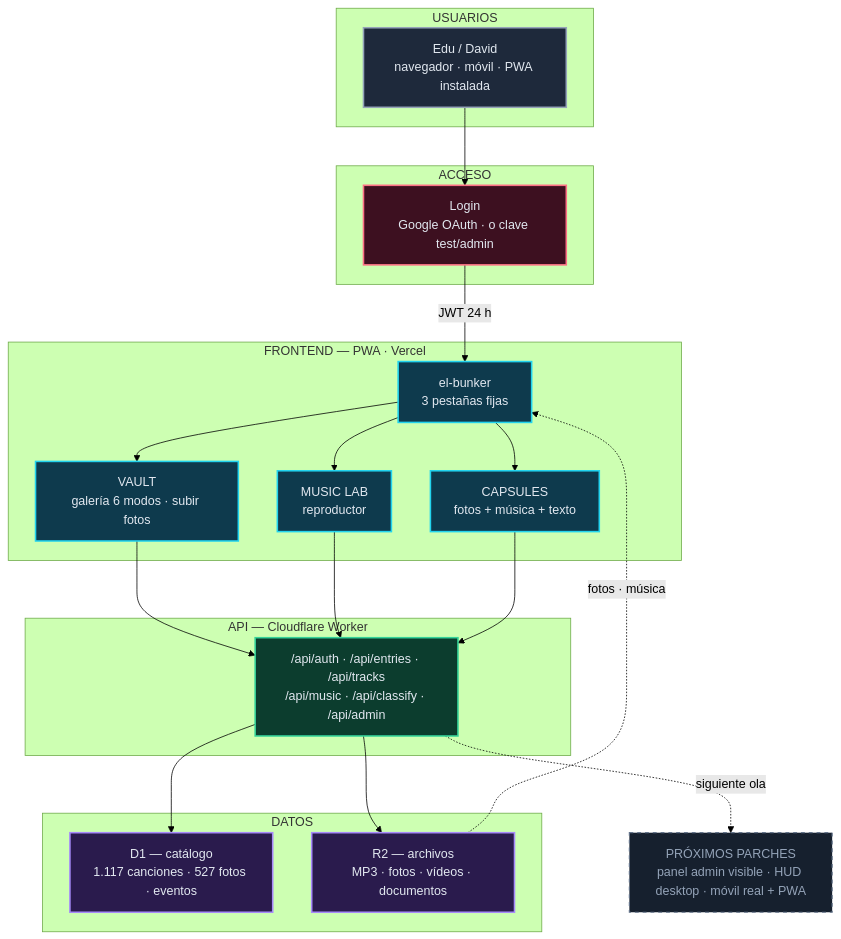
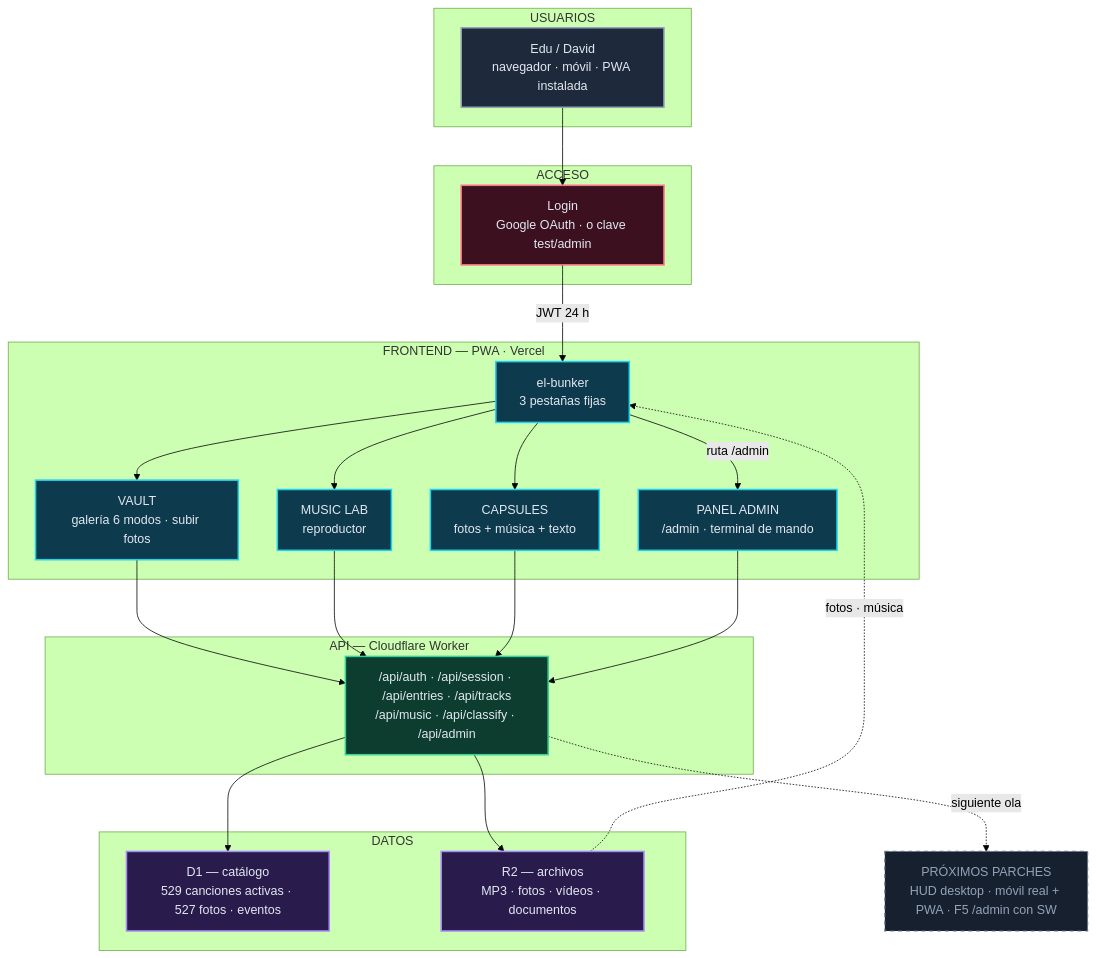
The diagram in docs/diagramas/flujo-app.mmd (eduardosmulero-tech/el-bunker), drawn with Mermaid (forest theme) before and after one commit. The commit also changed 18 other files, not shown here.

Commit message:
docs: cierre documental 5-8 ago — planes y handoffs Ola 1/2, ADR-029 HUD, CANON-1 (specs al canon), plantilla auditoria U3 con spec LIVE_SPEC, parche usuario y grafo del flujo v3

```diff
--- a/docs/diagramas/flujo-app.mmd
+++ b/docs/diagramas/flujo-app.mmd
@@ -1,49 +1,51 @@
 flowchart TB
     subgraph S_USR["USUARIOS"]
         EDU["Edu / David<br/>navegador · móvil · PWA instalada"]
     end
 
     subgraph S_ACC["ACCESO"]
         LOGIN["Login<br/>Google OAuth · o clave test/admin"]
     end
 
     subgraph S_FE["FRONTEND — PWA · Vercel"]
         APP["el-bunker<br/>3 pestañas fijas"]
         VAULT["VAULT<br/>galería 6 modos · subir fotos"]
         LAB["MUSIC LAB<br/>reproductor"]
         CAPS["CAPSULES<br/>fotos + música + texto"]
+        PANEL["PANEL ADMIN<br/>/admin · terminal de mando"]
     end
 
     subgraph S_API["API — Cloudflare Worker"]
-        API["/api/auth · /api/entries · /api/tracks<br/>/api/music · /api/classify · /api/admin"]
+        API["/api/auth · /api/session · /api/entries · /api/tracks<br/>/api/music · /api/classify · /api/admin"]
     end
 
     subgraph S_DAT["DATOS"]
-        D1["D1 — catálogo<br/>1.117 canciones · 527 fotos · eventos"]
+        D1["D1 — catálogo<br/>529 canciones activas · 527 fotos · eventos"]
         R2["R2 — archivos<br/>MP3 · fotos · vídeos · documentos"]
     end
 
-    FUT["PRÓXIMOS PARCHES<br/>panel admin visible · HUD desktop · móvil real + PWA"]
+    FUT["PRÓXIMOS PARCHES<br/>HUD desktop · móvil real + PWA · F5 /admin con SW"]
 
     EDU --> LOGIN
     LOGIN -->|JWT 24 h| APP
     APP --> VAULT & LAB & CAPS
-    VAULT & LAB & CAPS --> API
+    APP -->|ruta /admin| PANEL
+    VAULT & LAB & CAPS & PANEL --> API
     API --> D1
     API --> R2
     R2 -.->|fotos · música| APP
     API -.->|siguiente ola| FUT
 
     classDef external fill:#1e293b,stroke:#94a3b8,color:#e2e8f0,stroke-width:2px
     classDef security fill:#3d1020,stroke:#fb7185,color:#e2e8f0,stroke-width:2px
     classDef frontend fill:#0e3a4d,stroke:#22d3ee,color:#e2e8f0,stroke-width:2px
     classDef backend fill:#0c3d2e,stroke:#34d399,color:#e2e8f0,stroke-width:2px
     classDef data fill:#2a1b4d,stroke:#a78bfa,color:#e2e8f0,stroke-width:2px
     classDef future fill:#16202e,stroke:#64748b,color:#94a3b8,stroke-width:1.5px,stroke-dasharray:5 5
 
     class EDU external
     class LOGIN security
-    class APP,VAULT,LAB,CAPS frontend
+    class APP,VAULT,LAB,CAPS,PANEL frontend
     class API backend
     class D1,R2 data
     class FUT future
```
